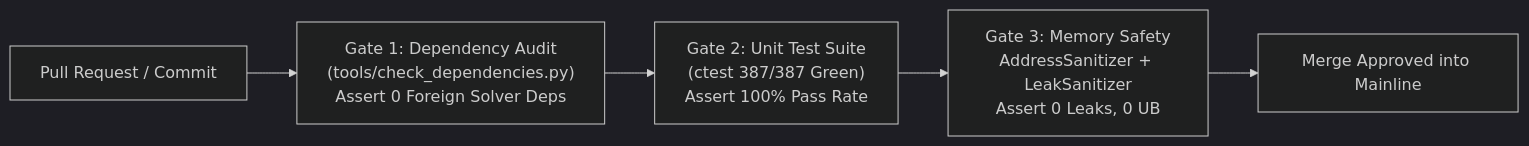
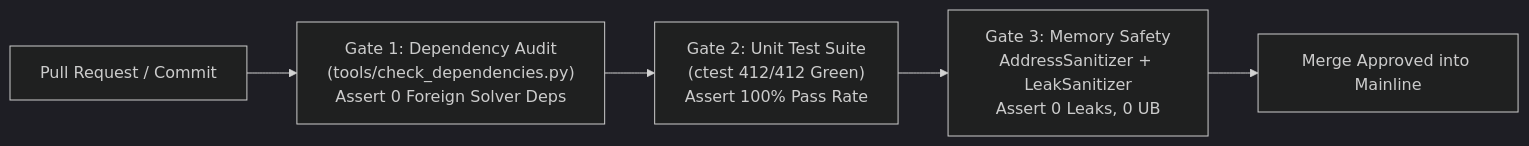
One commit to madhavansingh/Kavach-opt changed diagram 21 of 21 in README.md. Above: the diagram before and after it, drawn with Mermaid (dark theme). The commit also changed other lines of this file and 13 other files, not shown here.

````diff
--- a/README.md
+++ b/README.md
@@ -2103,7 +2103,7 @@
 ```mermaid
 flowchart LR
     A["Pull Request / Commit"] --> B["Gate 1: Dependency Audit<br/>(tools/check_dependencies.py)<br/>Assert 0 Foreign Solver Deps"]
-    B --> C["Gate 2: Unit Test Suite<br/>(ctest 387/387 Green)<br/>Assert 100% Pass Rate"]
+    B --> C["Gate 2: Unit Test Suite<br/>(ctest 412/412 Green)<br/>Assert 100% Pass Rate"]
     C --> D["Gate 3: Memory Safety<br/>AddressSanitizer + LeakSanitizer<br/>Assert 0 Leaks, 0 UB"]
     D --> E["Merge Approved into Mainline"]
 ```
````
